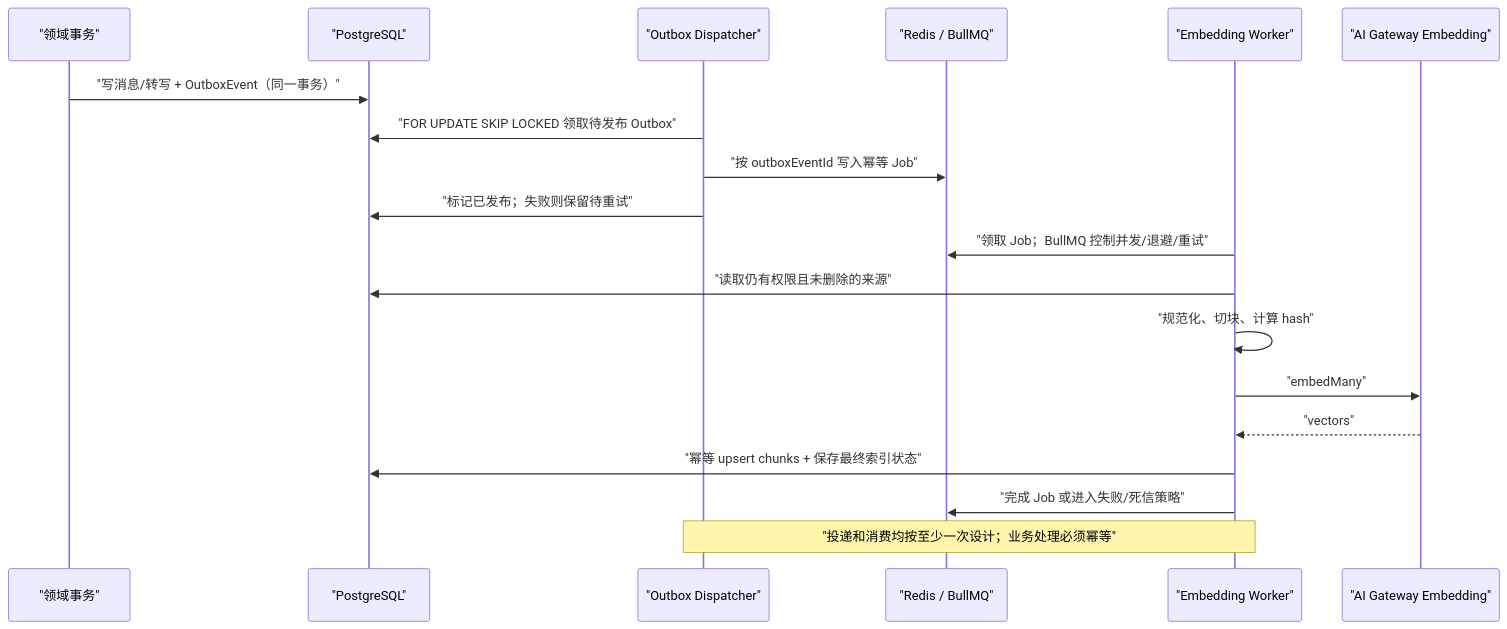
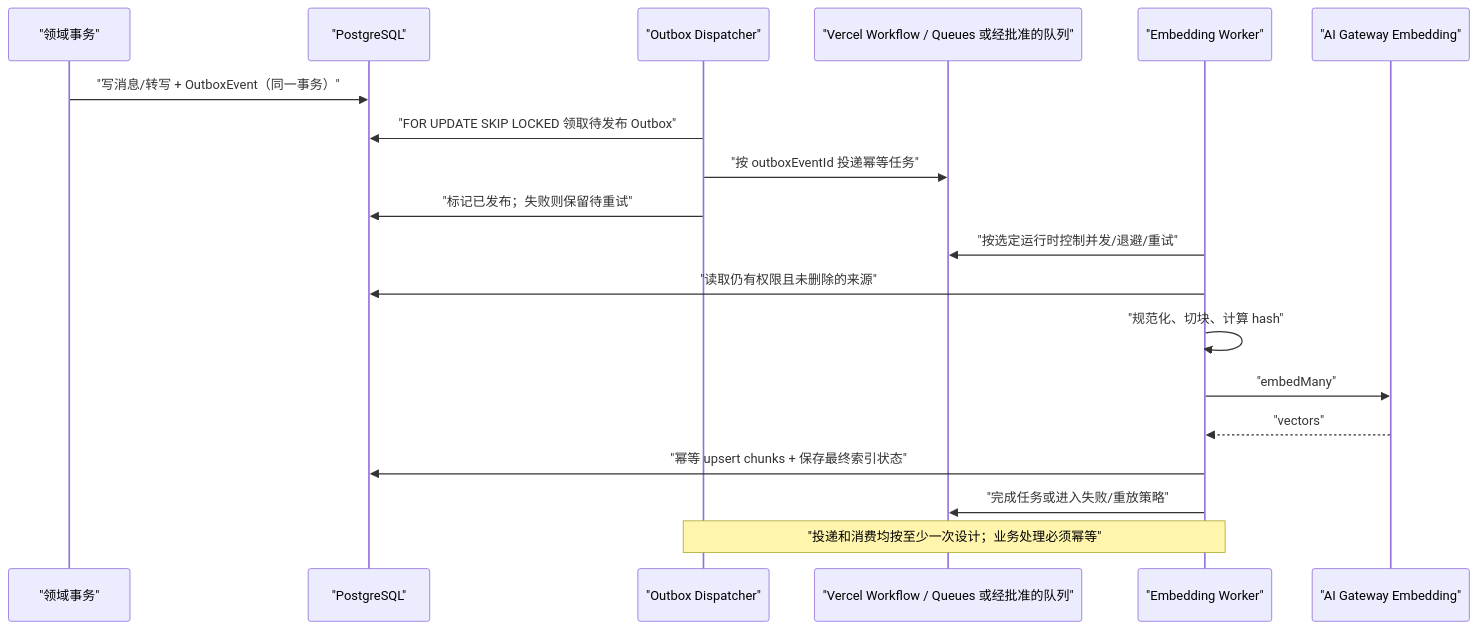
The second of 2 diagrams in apps/web/src/app/(ai)/ai/doc/Decision Agent与RAG可测试实施路线图-2026-08-17.md (ELEVENBLACK41/Sliye-AU), drawn with Mermaid before and after one commit. The commit also changed other lines of this file and 1 other file, not shown here.

````diff
--- a/apps/web/src/app/(ai)/ai/doc/Decision Agent与RAG可测试实施路线图-2026-08-17.md
+++ b/apps/web/src/app/(ai)/ai/doc/Decision Agent与RAG可测试实施路线图-2026-08-17.md
@@ -847,22 +876,22 @@
 ```mermaid
 sequenceDiagram
     participant D as "领域事务"
     participant P as "PostgreSQL"
     participant O as "Outbox Dispatcher"
-    participant R as "Redis / BullMQ"
+    participant R as "Vercel Workflow / Queues 或经批准的队列"
     participant W as "Embedding Worker"
     participant G as "AI Gateway Embedding"
 
     D->>P: "写消息/转写 + OutboxEvent（同一事务）"
     O->>P: "FOR UPDATE SKIP LOCKED 领取待发布 Outbox"
-    O->>R: "按 outboxEventId 写入幂等 Job"
+    O->>R: "按 outboxEventId 投递幂等任务"
     O->>P: "标记已发布；失败则保留待重试"
-    W->>R: "领取 Job；BullMQ 控制并发/退避/重试"
+    W->>R: "按选定运行时控制并发/退避/重试"
     W->>P: "读取仍有权限且未删除的来源"
     W->>W: "规范化、切块、计算 hash"
     W->>G: "embedMany"
     G-->>W: "vectors"
     W->>P: "幂等 upsert chunks + 保存最终索引状态"
-    W->>R: "完成 Job 或进入失败/死信策略"
+    W->>R: "完成任务或进入失败/重放策略"
     Note over O,W: "投递和消费均按至少一次设计；业务处理必须幂等"
 ```
````
